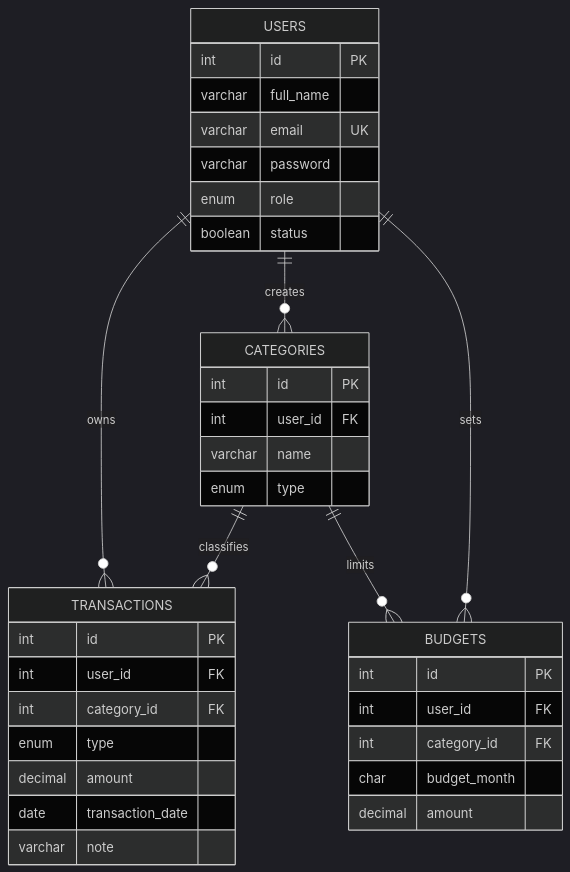
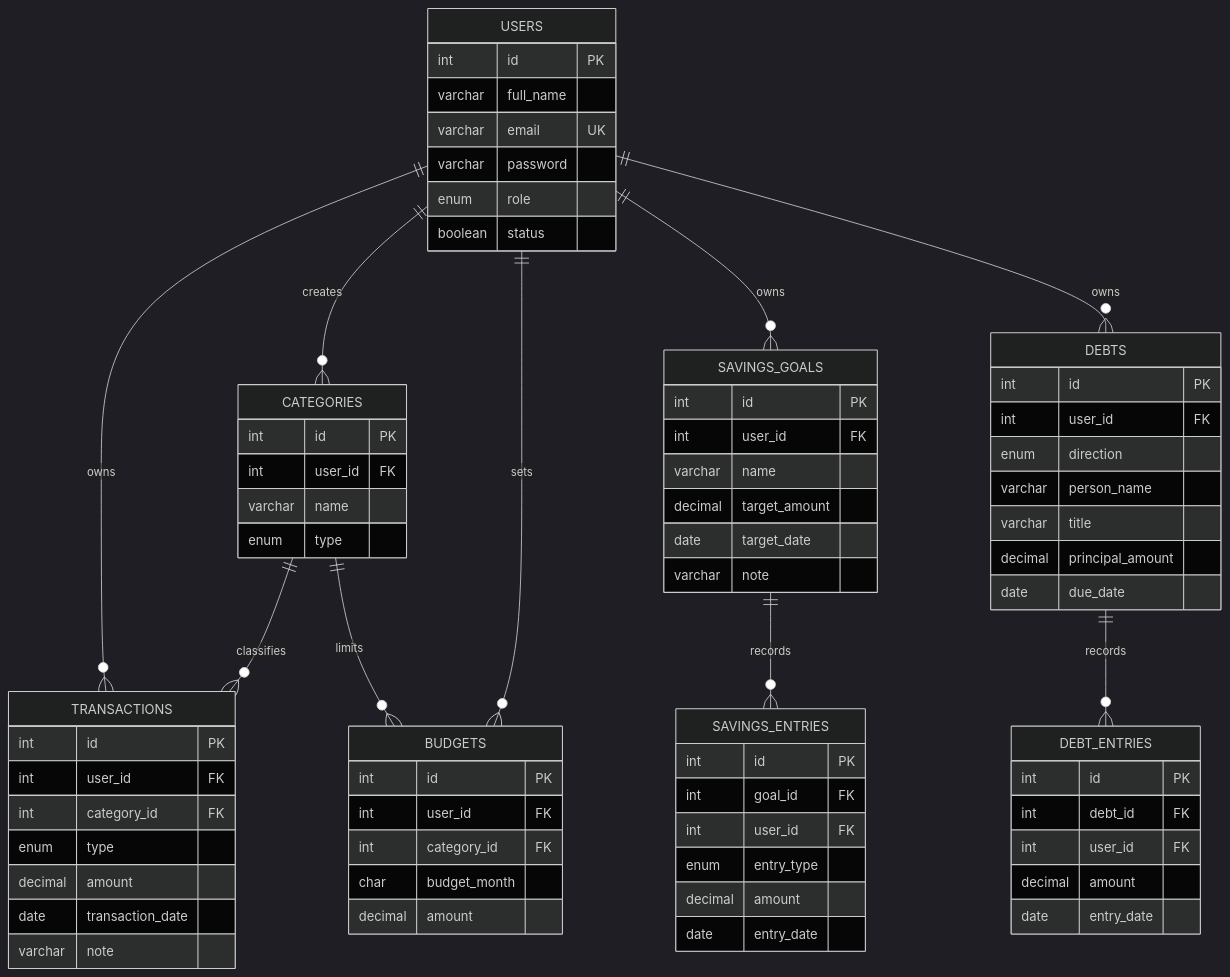
One commit to khanhlytranvn/laptrinhmaytinh changed the diagram in database/ERD.mmd. Above: the diagram before and after it, drawn with Mermaid (dark theme). The commit also changed 8 other files, not shown here.

```diff
--- a/database/ERD.mmd
+++ b/database/ERD.mmd
@@ -1,36 +1,72 @@
 erDiagram
     USERS ||--o{ TRANSACTIONS : owns
     USERS ||--o{ CATEGORIES : creates
     USERS ||--o{ BUDGETS : sets
+    USERS ||--o{ SAVINGS_GOALS : owns
+    SAVINGS_GOALS ||--o{ SAVINGS_ENTRIES : records
+    USERS ||--o{ DEBTS : owns
+    DEBTS ||--o{ DEBT_ENTRIES : records
     CATEGORIES ||--o{ TRANSACTIONS : classifies
     CATEGORIES ||--o{ BUDGETS : limits
     USERS {
       int id PK
       varchar full_name
       varchar email UK
       varchar password
       enum role
       boolean status
     }
     CATEGORIES {
       int id PK
       int user_id FK
       varchar name
       enum type
     }
     TRANSACTIONS {
       int id PK
       int user_id FK
       int category_id FK
       enum type
       decimal amount
       date transaction_date
       varchar note
     }
     BUDGETS {
       int id PK
       int user_id FK
       int category_id FK
       char budget_month
       decimal amount
     }
+    SAVINGS_GOALS {
+      int id PK
+      int user_id FK
+      varchar name
+      decimal target_amount
+      date target_date
+      varchar note
+    }
+    SAVINGS_ENTRIES {
+      int id PK
+      int goal_id FK
+      int user_id FK
+      enum entry_type
+      decimal amount
+      date entry_date
+    }
+    DEBTS {
+      int id PK
+      int user_id FK
+      enum direction
+      varchar person_name
+      varchar title
+      decimal principal_amount
+      date due_date
+    }
+    DEBT_ENTRIES {
+      int id PK
+      int debt_id FK
+      int user_id FK
+      decimal amount
+      date entry_date
+    }
```
